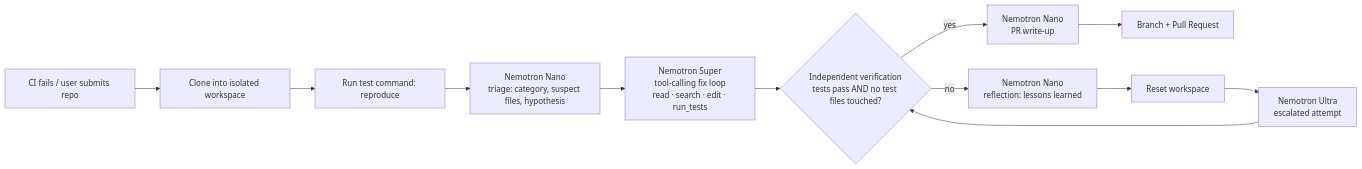
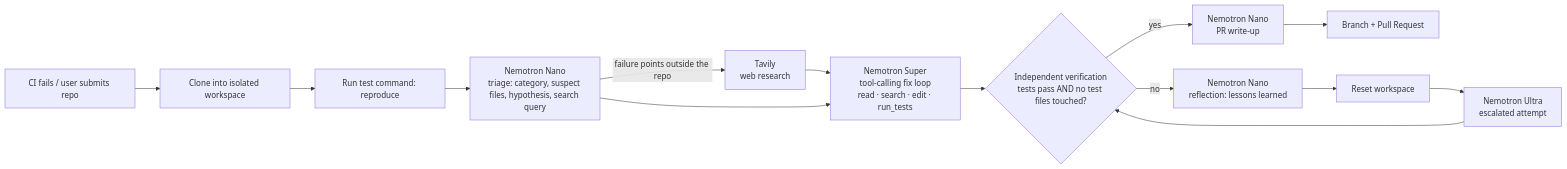
One commit to Gaurav047/AutoFixAI changed the diagram in README.md. Above: the diagram before and after it, drawn with Mermaid. The commit also changed other lines of this file and 17 other files, not shown here.

First line of the commit message:
Integrate Tavily web research

````diff
--- a/README.md
+++ b/README.md
@@ -36,11 +36,12 @@
 ```mermaid
 flowchart LR
     A[CI fails / user submits repo] --> B[Clone into isolated workspace]
     B --> C[Run test command: reproduce]
-    C --> D["Nemotron Nano<br/>triage: category, suspect files, hypothesis"]
+    C --> D["Nemotron Nano<br/>triage: category, suspect files, hypothesis, search query"]
+    D -- "failure points outside the repo" --> R["Tavily<br/>web research"] --> E
     D --> E["Nemotron Super<br/>tool-calling fix loop<br/>read · search · edit · run_tests"]
     E --> F{Independent verification<br/>tests pass AND no test files touched?}
     F -- yes --> G["Nemotron Nano<br/>PR write-up"] --> H[Branch + Pull Request]
     F -- no --> I["Nemotron Nano<br/>reflection: lessons learned"] --> J[Reset workspace]
     J --> K["Nemotron Ultra<br/>escalated attempt"] --> F
 ```
````
